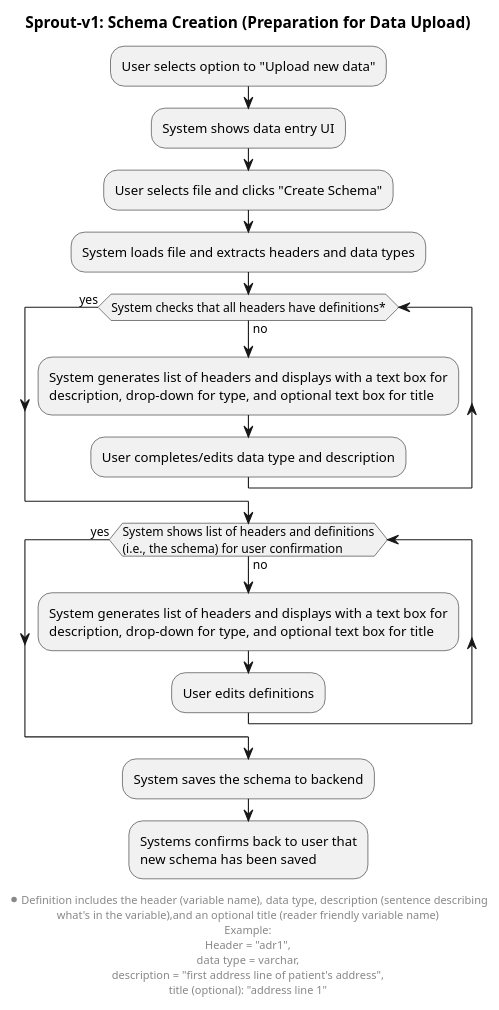
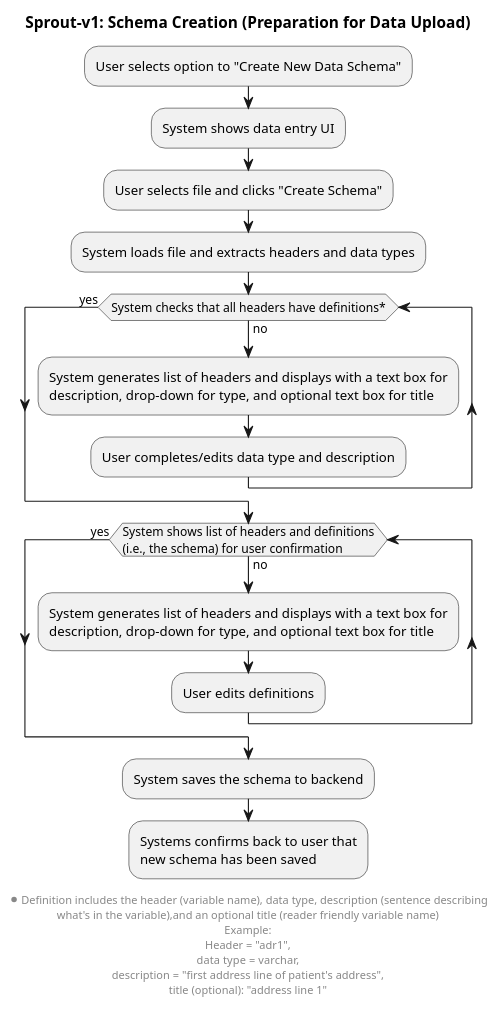
One commit to signekb/seedcase-sprout changed the diagram in docs/design/images/sprout-v1-schema-creation-flow.puml. Above: the diagram before and after it, drawn with PlantUML.

Commit message:
docs: "Upload new data" -> "Create New Data Schema"

```diff
--- a/docs/design/images/sprout-v1-schema-creation-flow.puml
+++ b/docs/design/images/sprout-v1-schema-creation-flow.puml
@@ -1,24 +1,24 @@
 @startuml sprout-v1-schema-creation-flow
 
 title Sprout-v1: Schema Creation (Preparation for Data Upload)
 ' User prepares to upload data by creating data schema
 
-:User selects option to "Upload new data";
+:User selects option to "Create New Data Schema";
 :System shows data entry UI;
 :User selects file and clicks "Create Schema";
 :System loads file and extracts headers and data types;
     while (System checks that all headers have definitions*) is (no)
 :System generates list of headers and displays with a text box for\ndescription, drop-down for type, and optional text box for title;
 :User completes/edits data type and description;
     end while (yes)
     while (System shows list of headers and definitions\n(i.e., the schema) for user confirmation) is (no)
 :System generates list of headers and displays with a text box for\ndescription, drop-down for type, and optional text box for title;
 :User edits definitions;
     end while (yes)
 :System saves the schema to backend;
 :Systems confirms back to user that
 new schema has been saved;
 
 footer \n*Definition includes the header (variable name), data type, description (sentence describing\nwhat's in the variable),and an optional title (reader friendly variable name)\nExample:\nHeader = "adr1",\ndata type = varchar,\ndescription = "first address line of patient's address",\ntitle (optional): "address line 1"
 
 @enduml
```
